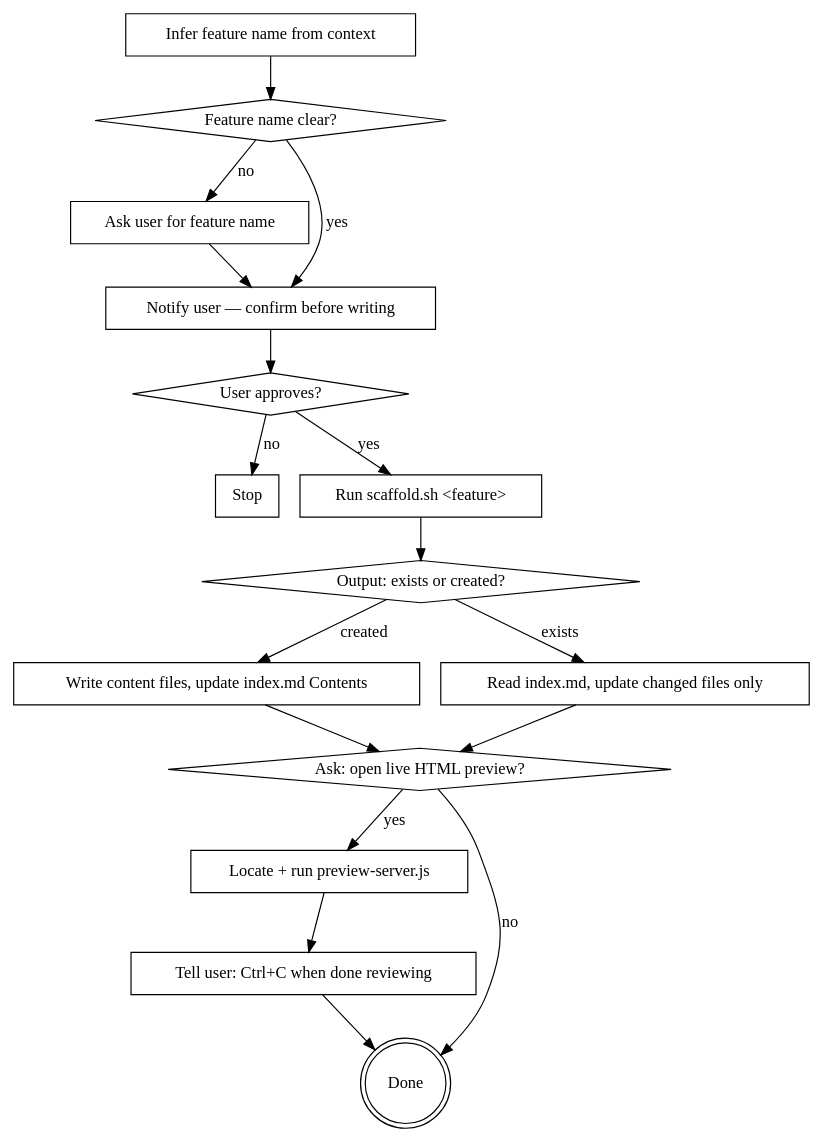
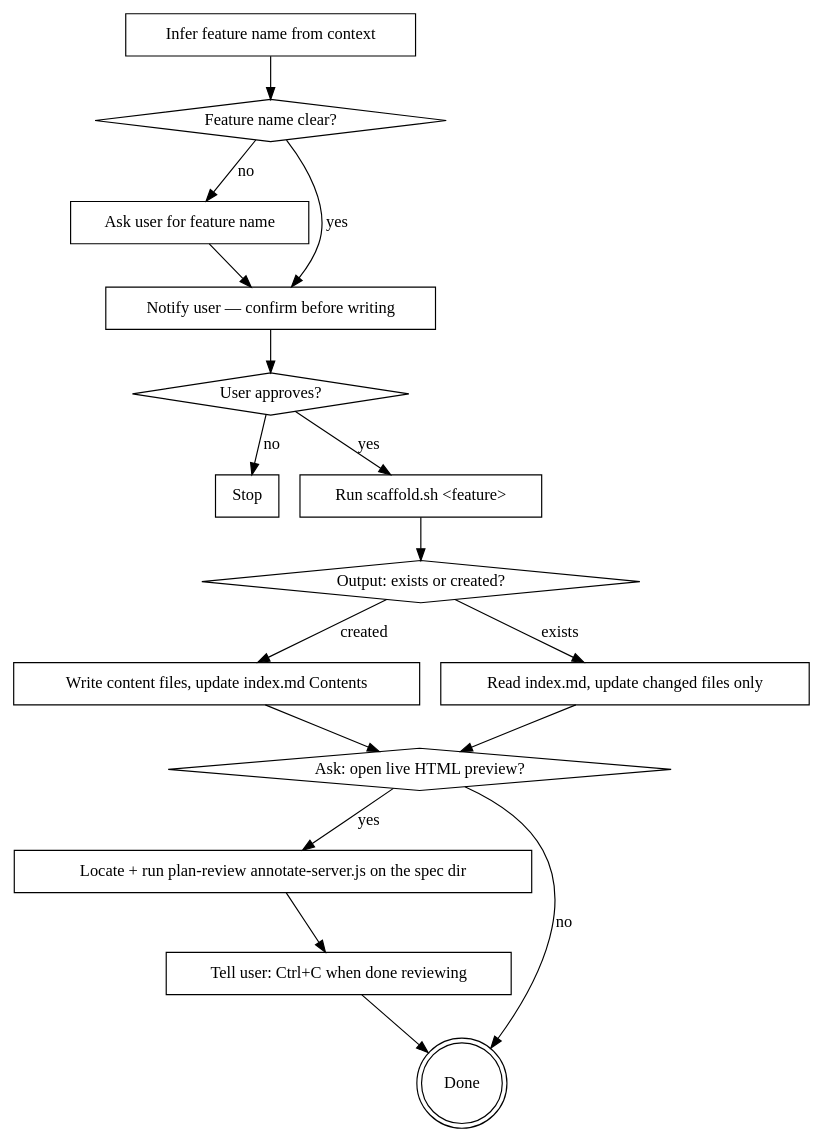
One commit to jabworks/agentic-toolkit changed the diagram in skills/technical-spec/SKILL.md. Above: the diagram before and after it, drawn with Graphviz. The commit also changed other lines of this file and 20 other files, not shown here.

First line of the commit message:
feat(condux): fold spec review into plan-review — directory mode + Files tab (v1.17.0)

````diff
--- a/skills/technical-spec/SKILL.md
+++ b/skills/technical-spec/SKILL.md
@@ -49,36 +49,36 @@
 ```dot
 digraph save_spec {
     rankdir=TB;
     "Infer feature name from context" [shape=box];
     "Feature name clear?" [shape=diamond];
     "Ask user for feature name" [shape=box];
     "Notify user — confirm before writing" [shape=box];
     "User approves?" [shape=diamond];
     "Stop" [shape=box];
     "Run scaffold.sh <feature>" [shape=box];
     "Output: exists or created?" [shape=diamond];
     "Write content files, update index.md Contents" [shape=box];
     "Read index.md, update changed files only" [shape=box];
     "Ask: open live HTML preview?" [shape=diamond];
-    "Locate + run preview-server.js" [shape=box];
+    "Locate + run plan-review annotate-server.js on the spec dir" [shape=box];
     "Tell user: Ctrl+C when done reviewing" [shape=box];
     "Done" [shape=doublecircle];
 
     "Infer feature name from context" -> "Feature name clear?";
     "Feature name clear?" -> "Notify user — confirm before writing" [label="yes"];
     "Feature name clear?" -> "Ask user for feature name" [label="no"];
     "Ask user for feature name" -> "Notify user — confirm before writing";
     "Notify user — confirm before writing" -> "User approves?";
     "User approves?" -> "Stop" [label="no"];
     "User approves?" -> "Run scaffold.sh <feature>" [label="yes"];
     "Run scaffold.sh <feature>" -> "Output: exists or created?";
     "Output: exists or created?" -> "Write content files, update index.md Contents" [label="created"];
     "Output: exists or created?" -> "Read index.md, update changed files only" [label="exists"];
     "Write content files, update index.md Contents" -> "Ask: open live HTML preview?";
     "Read index.md, update changed files only" -> "Ask: open live HTML preview?";
-    "Ask: open live HTML preview?" -> "Locate + run preview-server.js" [label="yes"];
+    "Ask: open live HTML preview?" -> "Locate + run plan-review annotate-server.js on the spec dir" [label="yes"];
     "Ask: open live HTML preview?" -> "Done" [label="no"];
-    "Locate + run preview-server.js" -> "Tell user: Ctrl+C when done reviewing";
+    "Locate + run plan-review annotate-server.js on the spec dir" -> "Tell user: Ctrl+C when done reviewing";
     "Tell user: Ctrl+C when done reviewing" -> "Done";
 }
 ```
````
